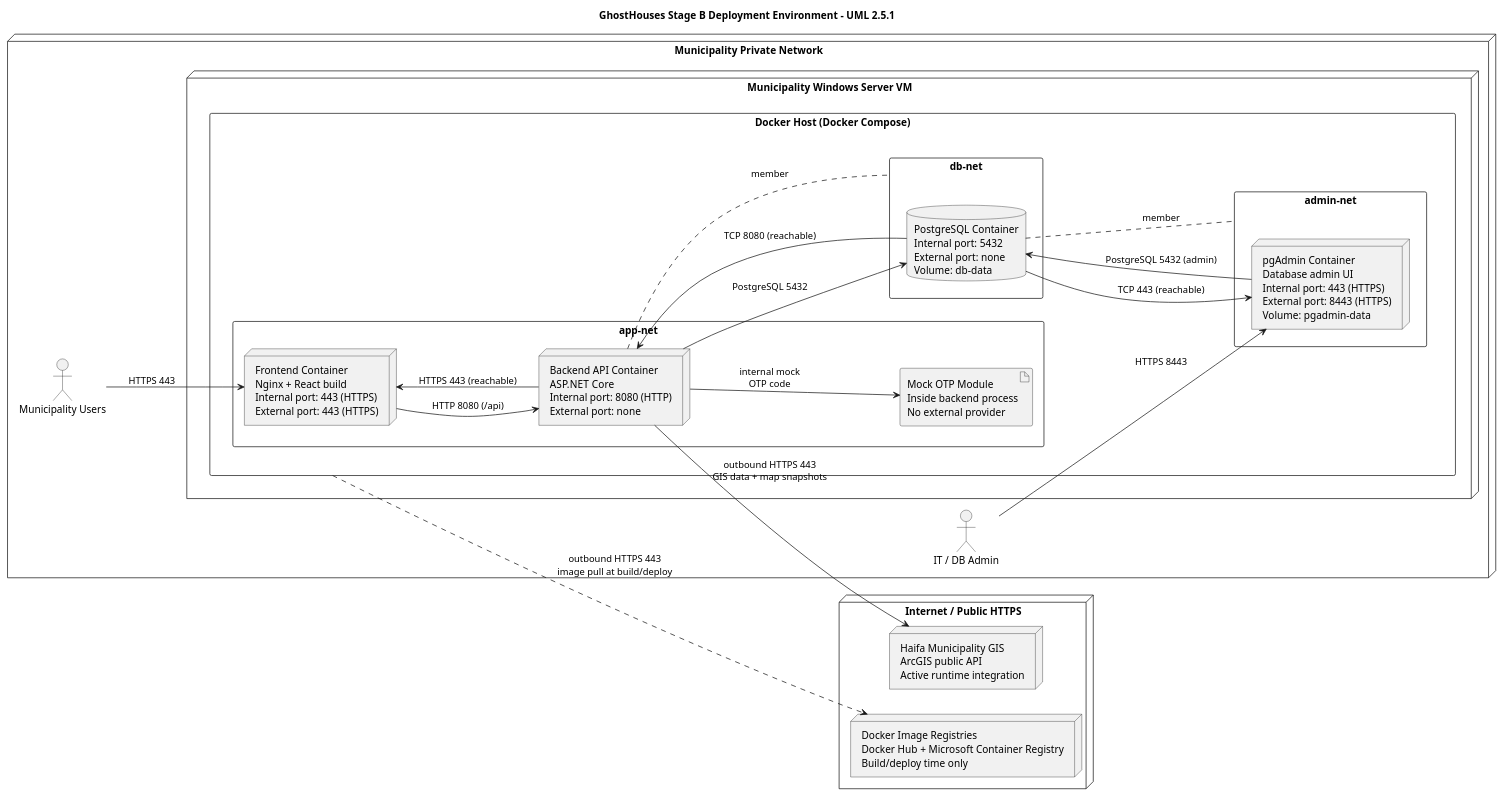
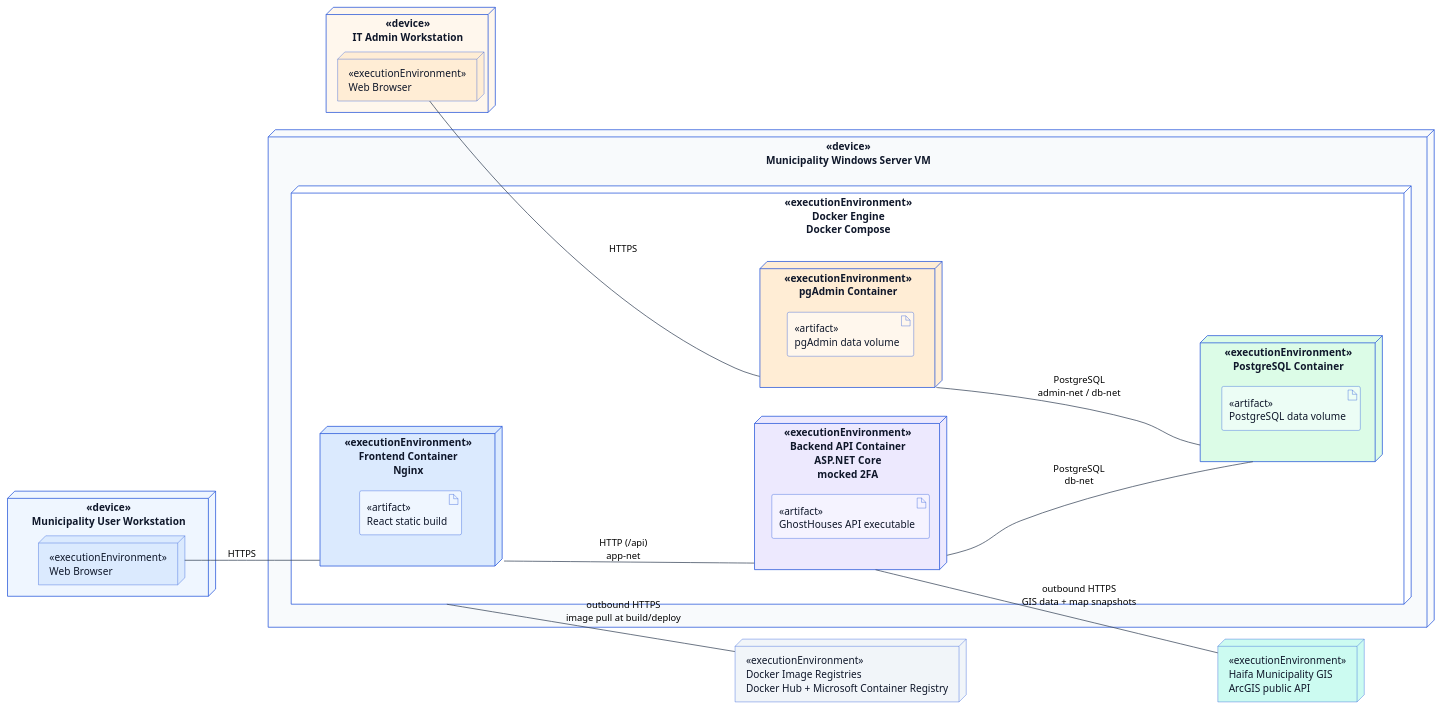
The diagram in docs/submissions/stage-b/uml/deployment/deployment_environment.puml (bbdaria/GhostHouses), drawn with PlantUML before and after one commit. The commit also changed 41 other files, not shown here.

```diff
--- a/docs/submissions/stage-b/uml/deployment/deployment_environment.puml
+++ b/docs/submissions/stage-b/uml/deployment/deployment_environment.puml
@@ -1,57 +1,60 @@
 @startuml
-title <b>GhostHouses Stage B Deployment Environment - UML 2.5.1</b>
 
 skinparam shadowing false
-skinparam packageStyle rectangle
+skinparam backgroundColor #FFFFFF
+skinparam DefaultFontName Arial
+skinparam ArrowColor #334155
+skinparam NodeBorderColor #1D4ED8
+skinparam NodeBackgroundColor #DBEAFE
+skinparam NodeFontColor #0F172A
+skinparam ArtifactBorderColor #1D4ED8
+skinparam ArtifactBackgroundColor #DBEAFE
+skinparam ArtifactFontColor #0F172A
 left to right direction
 
-node "Municipality Private Network" {
-  actor "Municipality Users" as users
-  actor "IT / DB Admin" as itadmin
+node "«device»\nMunicipality User Workstation" as userWorkstation #EFF6FF {
+  node "«executionEnvironment»\nWeb Browser" as userBrowser #DBEAFE
+}
 
-  node "Municipality Windows Server VM" {
-    package "Docker Host (Docker Compose)" as dockerhost {
-      package "app-net" as appnet {
-        node "Frontend Container\nNginx + React build\nInternal port: 443 (HTTPS)\nExternal port: 443 (HTTPS)" as frontend
-        node "Backend API Container\nASP.NET Core\nInternal port: 8080 (HTTP)\nExternal port: none" as backend
-        artifact "Mock OTP Module\nInside backend process\nNo external provider" as otp
-        frontend -[hidden]right- backend
-        backend -[hidden]down- otp
-      }
+node "«device»\nIT Admin Workstation" as adminWorkstation #FFF7ED {
+  node "«executionEnvironment»\nWeb Browser" as adminBrowser #FFEDD5
+}
 
-      package "db-net" as dbnet {
-        database "PostgreSQL Container\nInternal port: 5432\nExternal port: none\nVolume: db-data" as db
-      }
+node "«device»\nMunicipality Windows Server VM" as serverVm #F8FAFC {
+  node "«executionEnvironment»\nDocker Engine\nDocker Compose" as dockerEngine #FFFFFF {
+    node "«executionEnvironment»\nFrontend Container\nNginx" as frontend #DBEAFE {
+      artifact "«artifact»\nReact static build" as reactBuild #EFF6FF
+    }
 
-      package "admin-net" as adminnet {
-        node "pgAdmin Container\nDatabase admin UI\nInternal port: 443 (HTTPS)\nExternal port: 8443 (HTTPS)\nVolume: pgadmin-data" as pgadmin
-      }
+    node "«executionEnvironment»\nBackend API Container\nASP.NET Core\nmocked 2FA" as backend #EDE9FE {
+      artifact "«artifact»\nGhostHouses API executable" as apiArtifact #F5F3FF
+    }
 
-      backend .. dbnet : member
-      db .. adminnet : member
-      backend -[hidden]right- db
-      db -[hidden]right- pgadmin
+    node "«executionEnvironment»\nPostgreSQL Container" as postgres #DCFCE7 {
+      artifact "«artifact»\nPostgreSQL data volume" as dbVolume #ECFDF5
+    }
+
+    node "«executionEnvironment»\npgAdmin Container" as pgadmin #FFEDD5 {
+      artifact "«artifact»\npgAdmin data volume" as pgadminVolume #FFF7ED
     }
   }
 }
 
-node "Internet / Public HTTPS" as internet {
-  node "Docker Image Registries\nDocker Hub + Microsoft Container Registry\nBuild/deploy time only" as registries
-  node "Haifa Municipality GIS\nArcGIS public API\nActive runtime integration" as gis
-}
+node "«executionEnvironment»\nHaifa Municipality GIS\nArcGIS public API" as gis #CCFBF1
+node "«executionEnvironment»\nDocker Image Registries\nDocker Hub + Microsoft Container Registry" as registries #F1F5F9
 
-users --> frontend : HTTPS 443
-itadmin --> pgadmin : HTTPS 8443
+userBrowser -- frontend : HTTPS
+adminBrowser -- pgadmin : HTTPS
 
-frontend --> backend : HTTP 8080 (/api)
-backend --> frontend : HTTPS 443 (reachable)
-backend --> otp : internal mock\nOTP code
-backend --> db : PostgreSQL 5432
-pgadmin --> db : PostgreSQL 5432 (admin)
-db --> backend : TCP 8080 (reachable)
-db --> pgadmin : TCP 443 (reachable)
+frontend -- backend : HTTP (/api)\napp-net
+backend -- postgres : PostgreSQL\ndb-net
+pgadmin -- postgres : PostgreSQL\nadmin-net / db-net
 
-backend -down-> gis : outbound HTTPS 443\nGIS data + map snapshots
-dockerhost .down.> registries : outbound HTTPS 443\nimage pull at build/deploy
+backend -- gis : outbound HTTPS\nGIS data + map snapshots
+dockerEngine -- registries : outbound HTTPS\nimage pull at build/deploy
+
+frontend -[hidden]right- backend
+backend -[hidden]right- postgres
+postgres -[hidden]right- pgadmin
 
 @enduml
```
